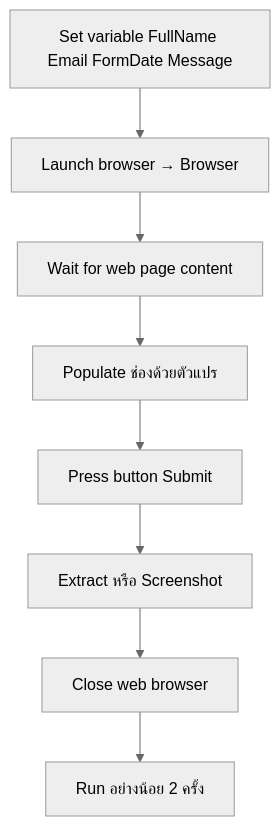
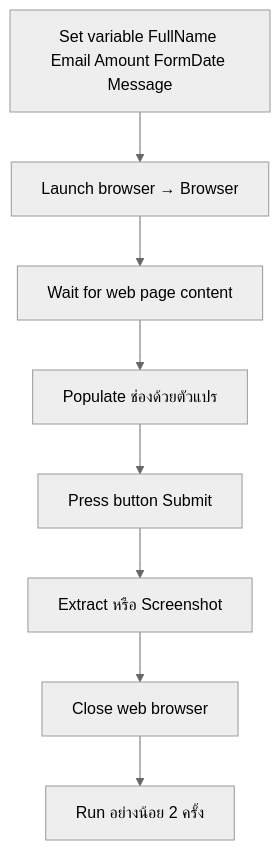
Before and after one commit to Onto-IQ/power-automate-desktop: the diagram in modules/01-record-replay/LESSON.md, drawn with Mermaid (neutral theme). The commit also changed other lines of this file and 6 other files, not shown here.

First line of the commit message:
Update Lab 01 for full-form fill and Autofill pitfalls; drop Subflow from Lab 01b.

````diff
--- a/modules/01-record-replay/LESSON.md
+++ b/modules/01-record-replay/LESSON.md
@@ -39,12 +40,12 @@
 ```mermaid
 flowchart TD
-  vars[Set variable FullName Email FormDate Message]
+  vars[Set variable FullName Email Amount FormDate Message]
   launch[Launch browser → Browser]
   wait1[Wait for web page content]
   fill[Populate ช่องด้วยตัวแปร]
   submit[Press button Submit]
   proof[Extract หรือ Screenshot]
   close[Close web browser]
   replay[Run อย่างน้อย 2 ครั้ง]
   vars --> launch --> wait1 --> fill --> submit --> proof --> close --> replay
 ```
````
